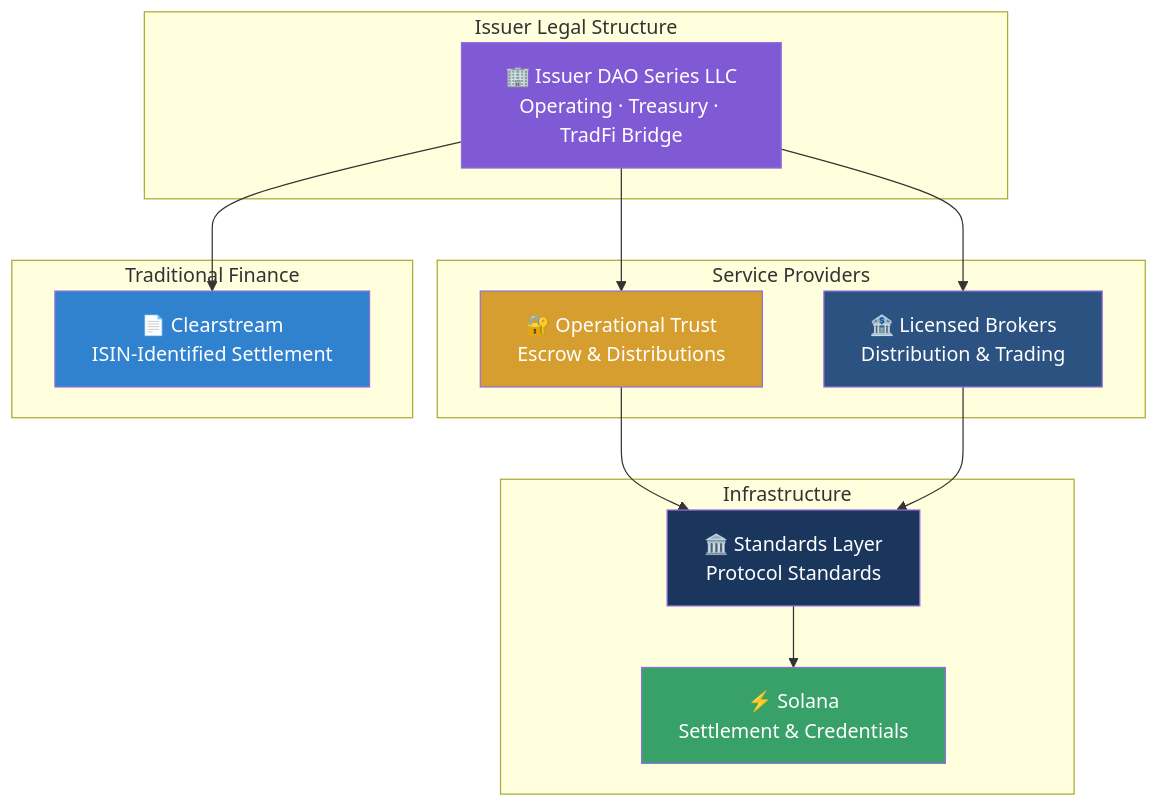
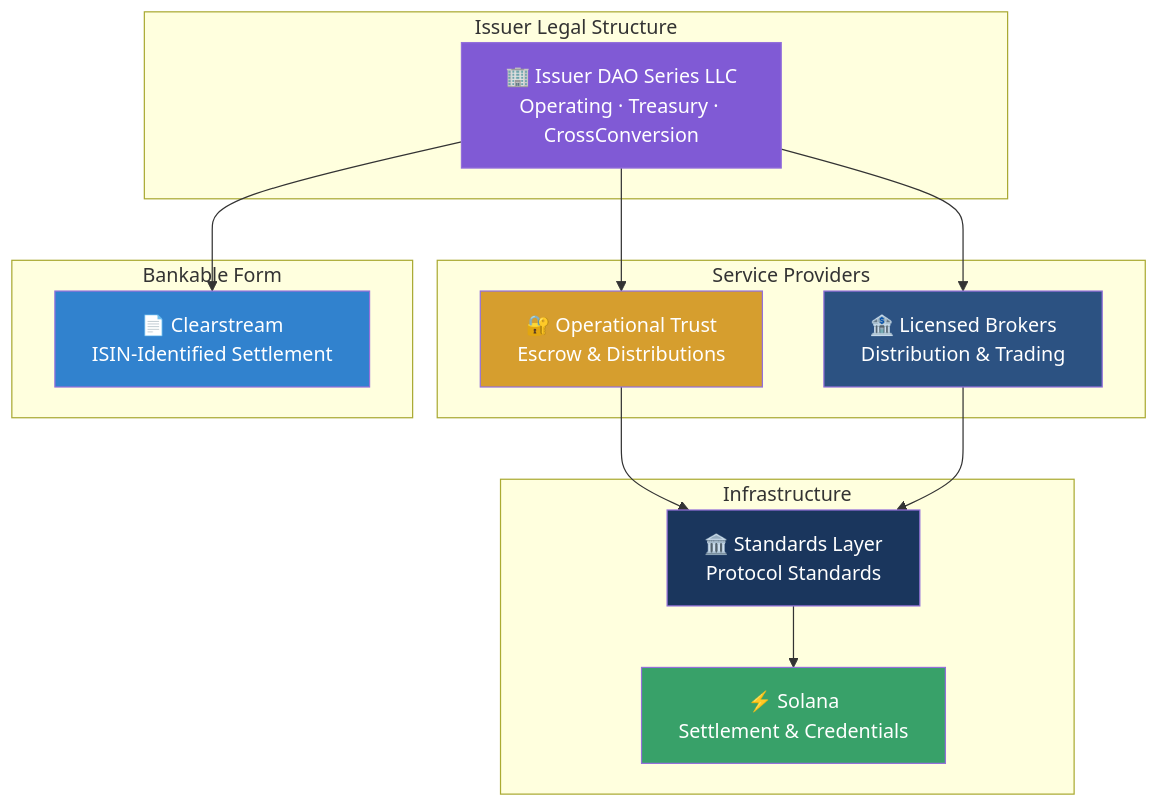
Before and after one commit to hrbrlife/sailsto_website: the ninth of 9 diagrams in hugo-site/content/whatsails.md, drawn with Mermaid. The commit also changed other lines of this file and 34 other files, not shown here.

```diff
--- a/hugo-site/content/whatsails.md
+++ b/hugo-site/content/whatsails.md
@@ -1069,29 +1071,29 @@
         <div class="mermaid">
         flowchart TB
             subgraph Layer1["Issuer Legal Structure"]
-                LLC["🏢 Issuer DAO Series LLC<br/>Operating · Treasury · TradFi Bridge"]
+                LLC["🏢 Issuer DAO Series LLC<br/>Operating · Treasury · CrossConversion"]
             end
             subgraph Layer2["Service Providers"]
                 TRUST["🔐 Operational Trust<br/>Escrow & Distributions"]
                 BROKERS["🏦 Licensed Brokers<br/>Distribution & Trading"]
             end
             subgraph Layer3["Infrastructure"]
                 FOUND["🏛️ Standards Layer<br/>Protocol Standards"]
                 SOL["⚡ Solana<br/>Settlement & Credentials"]
             end
-            subgraph Layer4["Traditional Finance"]
+            subgraph Layer4["Bankable Form"]
                 CLEAR["📄 Clearstream<br/>ISIN-Identified Settlement"]
             end
             LLC --> TRUST
             LLC --> BROKERS
             TRUST --> FOUND
             BROKERS --> FOUND
             FOUND --> SOL
             LLC --> CLEAR
             style LLC fill:#805ad5,color:#fff
             style TRUST fill:#d69e2e,color:#fff
             style BROKERS fill:#2c5282,color:#fff
             style FOUND fill:#1a365d,color:#fff
             style SOL fill:#38a169,color:#fff
             style CLEAR fill:#3182ce,color:#fff
         </div>
```
